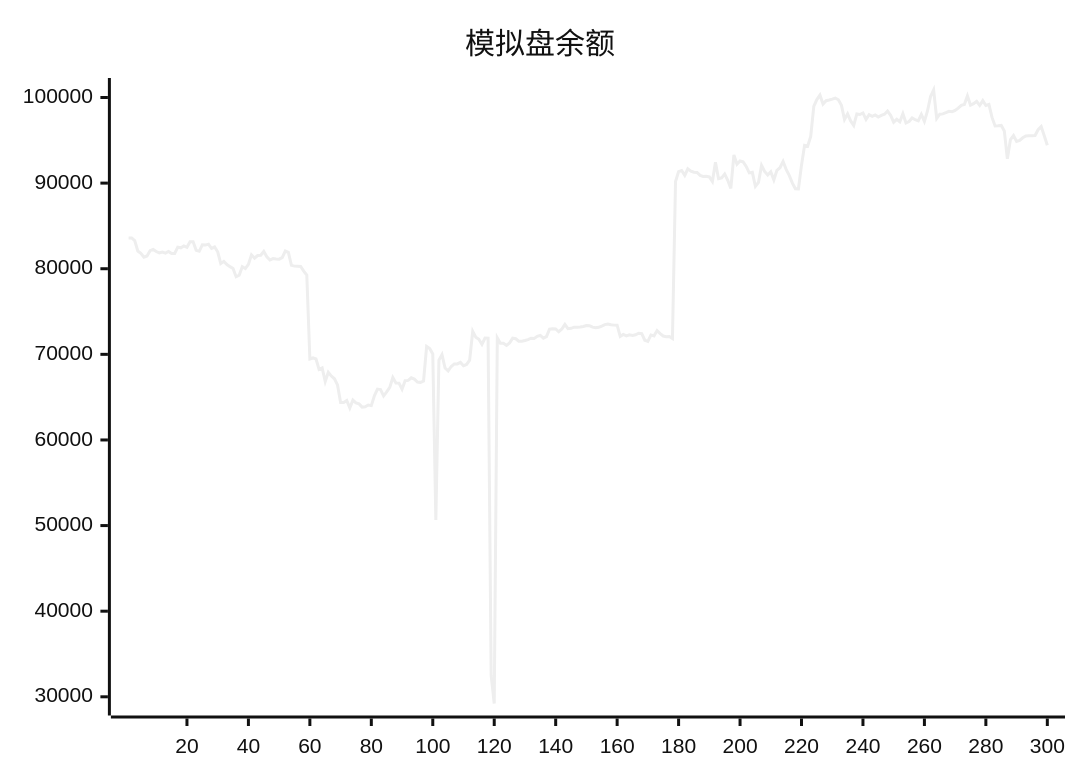
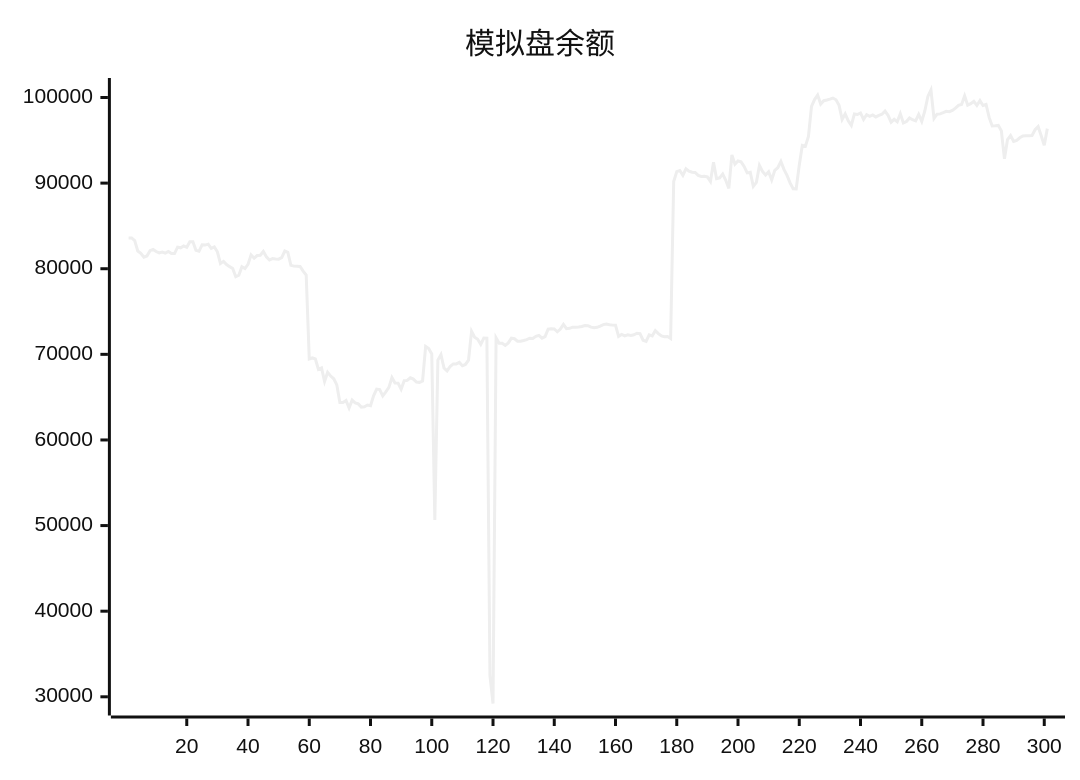
One commit to aahl/ai-trading changed the diagram in README.md. Above: the diagram before and after it, drawn with Mermaid (neutral theme). The commit also changed other lines of this file and 1 other file, not shown here.

````diff
--- a/README.md
+++ b/README.md
@@ -5,5 +5,5 @@
 ```mermaid
 xychart
     title "模拟盘余额"
-    line [83590,83592,83275,82072,81806,81344,81492,82109,82254,82006,81848,81955,81829,82022,81769,81776,82522,82441,82656,82498,83144,83144,82150,82038,82797,82763,82872,82367,82536,81981,80612,80862,80484,80242,80034,79063,79245,80226,80016,80507,81625,81233,81544,81578,82016,81401,81019,81186,81130,81118,81306,82066,81909,80392,80304,80291,80258,79729,79261,69466,69579,69456,68251,68415,66832,67911,67462,67144,66432,64380,64375,64606,63740,64647,64324,64216,63842,63877,64078,64008,65156,65945,65888,65157,65625,66144,67284,66653,66639,65924,66925,66956,67263,67108,66766,66729,66886,70927,70673,70049,50652,69334,69973,68400,68061,68578,68876,68879,69055,68662,68822,69329,72687,71999,71760,71162,71911,71896,32500,29218,71927,71297,71305,71044,71337,71883,71822,71536,71536,71622,71723,71880,71860,72100,72216,71887,72077,72940,72976,72966,72638,72948,73497,73004,73041,73173,73160,73186,73258,73375,73351,73173,73098,73161,73305,73474,73536,73457,73413,73412,72100,72333,72164,72272,72204,72285,72461,72421,71652,71521,72267,72157,72774,72424,72144,72060,72091,71858,90185,91338,91466,90900,91678,91404,91268,91244,90903,90779,90787,90721,90187,92429,90518,90619,91070,90328,89376,93286,92202,92581,92485,91947,91196,91259,89619,90086,92063,91355,90950,91327,90373,91498,91800,92531,91603,90910,90031,89351,89334,92097,94406,94315,95455,98972,99763,100286,99229,99622,99701,99805,99938,99738,99082,97430,98094,97267,96741,98081,98013,98194,97447,97983,97789,97969,97729,97911,98043,98405,97912,97120,97448,97154,98095,97021,97190,97616,97402,97263,98035,97210,98424,100120,100876,97552,98049,98085,98228,98388,98342,98488,98750,99086,99181,100188,99107,99272,99553,99072,99636,99061,99186,97674,96679,96704,96743,96096,92830,95088,95560,94866,94995,95295,95497,95531,95527,95559,96236,96597,95538,94422]
+    line [83590,83592,83275,82072,81806,81344,81492,82109,82254,82006,81848,81955,81829,82022,81769,81776,82522,82441,82656,82498,83144,83144,82150,82038,82797,82763,82872,82367,82536,81981,80612,80862,80484,80242,80034,79063,79245,80226,80016,80507,81625,81233,81544,81578,82016,81401,81019,81186,81130,81118,81306,82066,81909,80392,80304,80291,80258,79729,79261,69466,69579,69456,68251,68415,66832,67911,67462,67144,66432,64380,64375,64606,63740,64647,64324,64216,63842,63877,64078,64008,65156,65945,65888,65157,65625,66144,67284,66653,66639,65924,66925,66956,67263,67108,66766,66729,66886,70927,70673,70049,50652,69334,69973,68400,68061,68578,68876,68879,69055,68662,68822,69329,72687,71999,71760,71162,71911,71896,32500,29218,71927,71297,71305,71044,71337,71883,71822,71536,71536,71622,71723,71880,71860,72100,72216,71887,72077,72940,72976,72966,72638,72948,73497,73004,73041,73173,73160,73186,73258,73375,73351,73173,73098,73161,73305,73474,73536,73457,73413,73412,72100,72333,72164,72272,72204,72285,72461,72421,71652,71521,72267,72157,72774,72424,72144,72060,72091,71858,90185,91338,91466,90900,91678,91404,91268,91244,90903,90779,90787,90721,90187,92429,90518,90619,91070,90328,89376,93286,92202,92581,92485,91947,91196,91259,89619,90086,92063,91355,90950,91327,90373,91498,91800,92531,91603,90910,90031,89351,89334,92097,94406,94315,95455,98972,99763,100286,99229,99622,99701,99805,99938,99738,99082,97430,98094,97267,96741,98081,98013,98194,97447,97983,97789,97969,97729,97911,98043,98405,97912,97120,97448,97154,98095,97021,97190,97616,97402,97263,98035,97210,98424,100120,100876,97552,98049,98085,98228,98388,98342,98488,98750,99086,99181,100188,99107,99272,99553,99072,99636,99061,99186,97674,96679,96704,96743,96096,92830,95088,95560,94866,94995,95295,95497,95531,95527,95559,96236,96597,95538,94422,96363]
 ```
````
